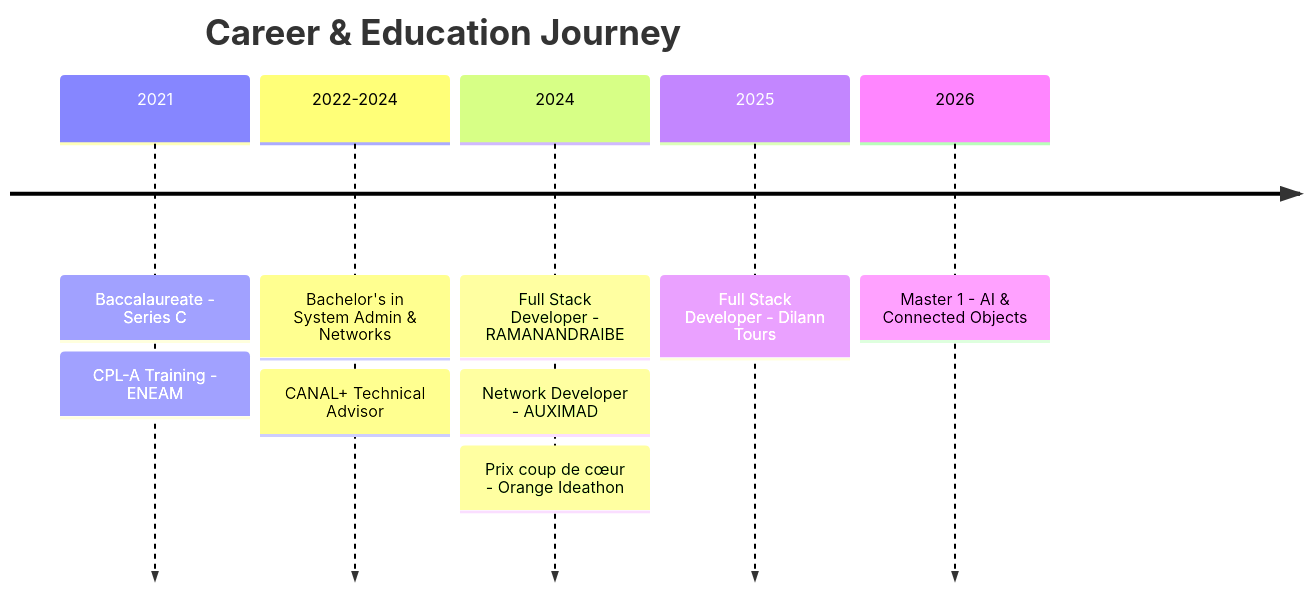
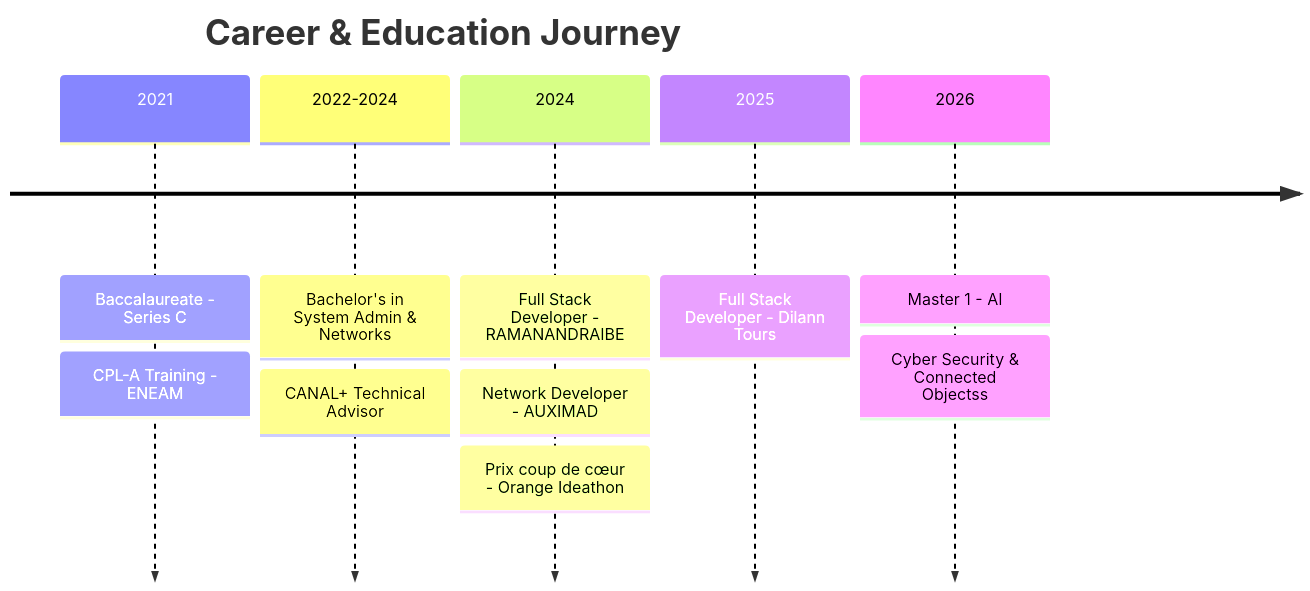
Before and after one commit to TiahMHeranto/TiahMHeranto: the diagram in TiahMHeranto.md, drawn with Mermaid. The commit also changed 1 other file, not shown here.

Commit message:
create md information

````diff
--- a/TiahMHeranto.md
+++ b/TiahMHeranto.md
@@ -136,13 +136,13 @@
 ```mermaid
 timeline
     title Career & Education Journey
     2021 : Baccalaureate - Series C
          : CPL-A Training - ENEAM
     2022-2024 : Bachelor's in System Admin & Networks
                : CANAL+ Technical Advisor
     2024 : Full Stack Developer - RAMANANDRAIBE
          : Network Developer - AUXIMAD
          : Prix coup de cœur - Orange Ideathon
     2025 : Full Stack Developer - Dilann Tours
-    2026 : Master 1 - AI & Connected Objects
+    2026 : Master 1 - AI: Cyber Security & Connected Objectss
 ```
````
